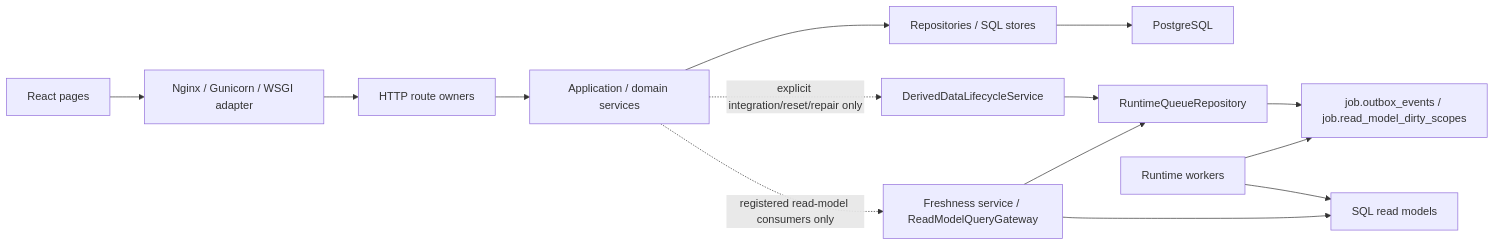
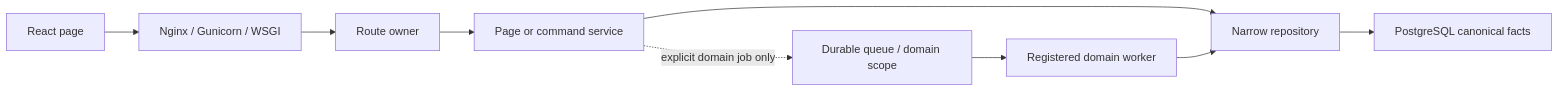
The diagram in docs/app-architecture/runtime-and-ownership.md (Yhuir/fin-ops-platform), drawn with Mermaid before and after one commit. The commit also changed other lines of this file and 294 other files, not shown here.

Commit message:
refactor: retire read model runtime

````diff
--- a/docs/app-architecture/runtime-and-ownership.md
+++ b/docs/app-architecture/runtime-and-ownership.md
@@ -9,16 +7,11 @@
 ```mermaid
 flowchart LR
-  UI["React pages"] --> HTTP["Nginx / Gunicorn / WSGI adapter"]
-  HTTP --> API["HTTP route owners"]
-  API --> Service["Application / domain services"]
-  Service --> Repo["Repositories / SQL stores"]
-  Repo --> PG["PostgreSQL"]
-  Service -. "explicit integration/reset/repair only" .-> Lifecycle["DerivedDataLifecycleService"]
-  Lifecycle --> Queue["RuntimeQueueRepository"]
-  Queue --> Outbox["job.outbox_events / job.read_model_dirty_scopes"]
-  Worker["Runtime workers"] --> Outbox
-  Worker --> Projection["SQL read models"]
-  Service -. "registered read-model consumers only" .-> Gateway["Freshness service / ReadModelQueryGateway"]
-  Gateway --> Projection
-  Gateway --> Queue
+  UI["React page"] --> HTTP["Nginx / Gunicorn / WSGI"]
+  HTTP --> Route["Route owner"]
+  Route --> Service["Page or command service"]
+  Service --> Repo["Narrow repository"]
+  Repo --> PG["PostgreSQL canonical facts"]
+  Service -. "explicit domain job only" .-> Queue["Durable queue / domain scope"]
+  Queue --> Worker["Registered domain worker"]
+  Worker --> Repo
 ```
````
